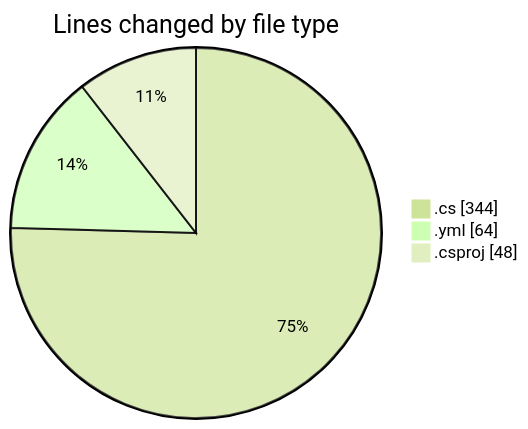
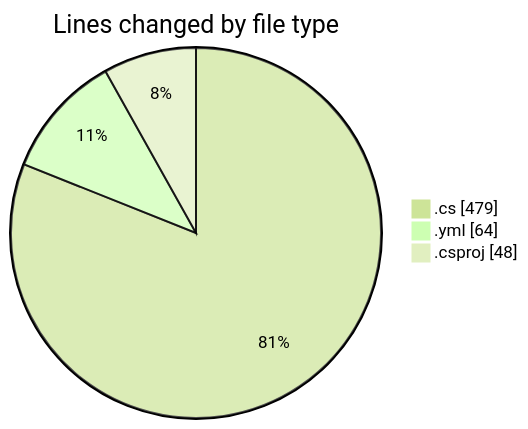
One commit to Netris89/code-tracking changed the first of 2 diagrams in 2025-04-29/back-end/README.md. Above: the diagram before and after it, drawn with Mermaid (forest theme). The commit also changed other lines of this file and 1 other file, not shown here.

````diff
--- a/2025-04-29/back-end/README.md
+++ b/2025-04-29/back-end/README.md
@@ -25,7 +26,7 @@
 ```mermaid
 pie showData
 title Lines changed by file type
-".cs" : 344
+".cs" : 479
 ".yml" : 64
 ".csproj" : 48
 ```
````
